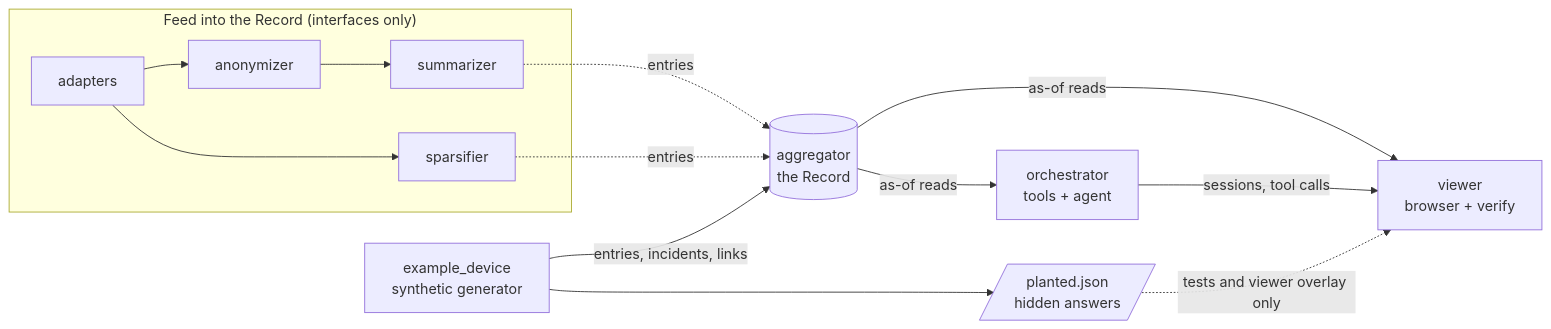
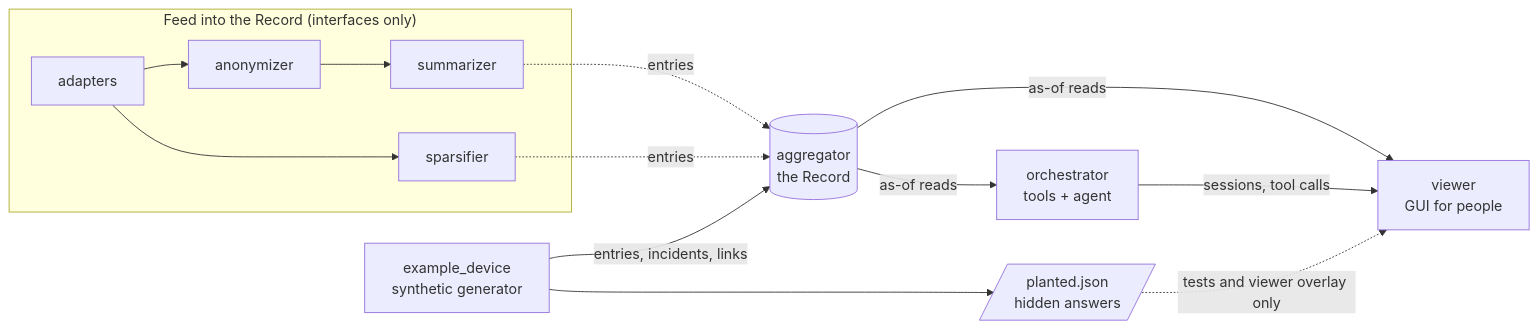
One commit to operations-orchestra/example-device changed the diagram in docs/DESIGN.md. Above: the diagram before and after it, drawn with Mermaid. The commit also changed other lines of this file, not shown here.

Commit message:
Align design document with the GUI plan

````diff
--- a/docs/DESIGN.md
+++ b/docs/DESIGN.md
@@ -61,21 +61,21 @@
 ```mermaid
 flowchart LR
     subgraph feed["Feed into the Record (interfaces only)"]
         AD[adapters] --> AN[anonymizer] --> SU[summarizer]
         AD --> SP[sparsifier]
     end
     DEV[example_device<br/>synthetic generator]
     AGG[(aggregator<br/>the Record)]
     ORC[orchestrator<br/>tools + agent]
-    VW[viewer<br/>browser + verify]
+    VW[viewer<br/>GUI for people]
     PL[/planted.json<br/>hidden answers/]
 
     SU -. entries .-> AGG
     SP -. entries .-> AGG
     DEV -- entries, incidents, links --> AGG
     DEV --> PL
     AGG -- as-of reads --> ORC
     AGG -- as-of reads --> VW
     ORC -- sessions, tool calls --> VW
     PL -. tests and viewer overlay only .-> VW
 ```
````
